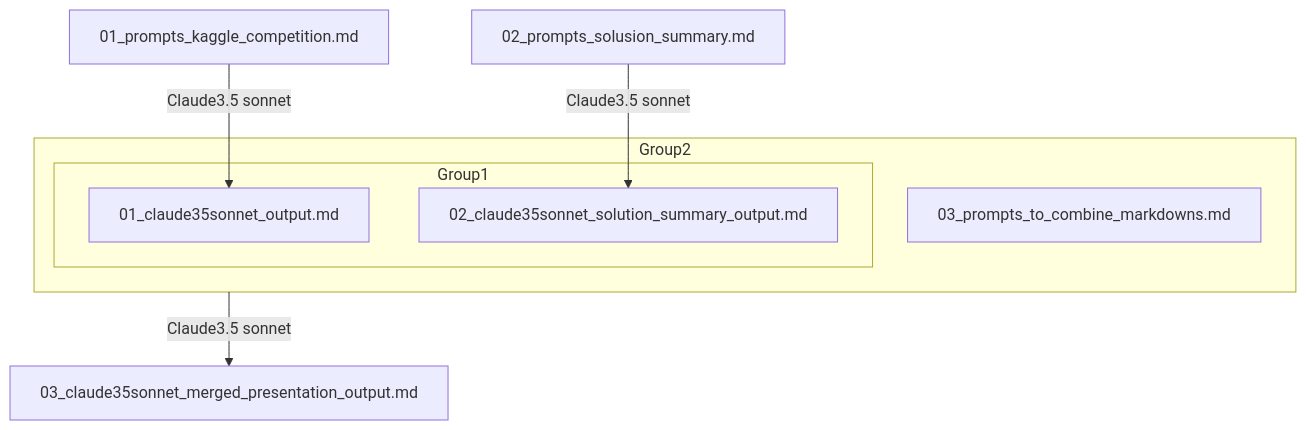
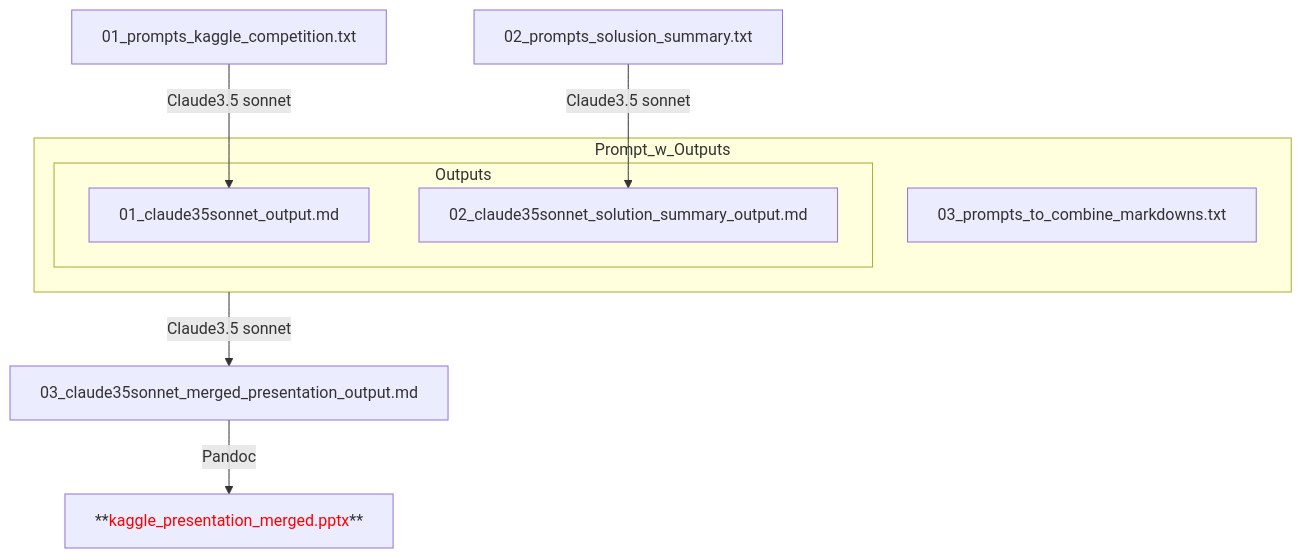
The diagram in README.md (Masaaaato/LLM-Pandoc-PPTX), drawn with Mermaid before and after one commit.

````diff
--- a/README.md
+++ b/README.md
@@ -6,15 +6,16 @@
 ```mermaid
 graph TD
-    A[01_prompts_kaggle_competition.md] -->|Claude3.5 sonnet| B[01_claude35sonnet_output.md]
-    C[02_prompts_solusion_summary.md] -->|Claude3.5 sonnet| D[02_claude35sonnet_solution_summary_output.md]
-    subgraph Group1
+    A[01_prompts_kaggle_competition.txt] -->|Claude3.5 sonnet| B[01_claude35sonnet_output.md]
+    C[02_prompts_solusion_summary.txt] -->|Claude3.5 sonnet| D[02_claude35sonnet_solution_summary_output.md]
+    E[03_prompts_to_combine_markdowns.txt]
+    subgraph Outputs
         B
         D
     end
-    E[03_prompts_to_combine_markdowns.md]
-    subgraph Group2
-        Group1
+    subgraph Prompt_w_Outputs
+        Outputs
         E
     end
-    Group2 -->|Claude3.5 sonnet| F[03_claude35sonnet_merged_presentation_output.md]
+    Prompt_w_Outputs -->|Claude3.5 sonnet| F[03_claude35sonnet_merged_presentation_output.md]
+    F -->|Pandoc| G["**<span style='color:red;'>kaggle_presentation_merged.pptx</span>**"]
 ```
````
